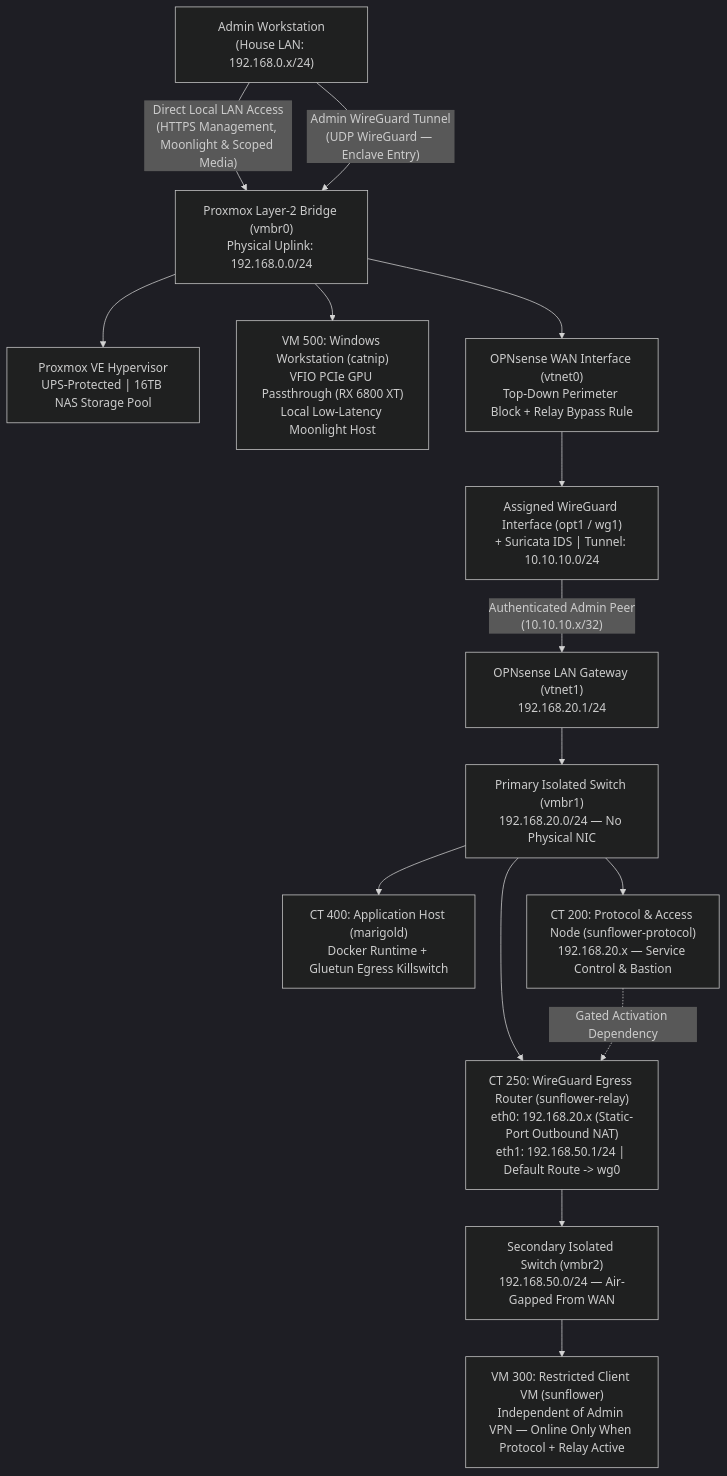
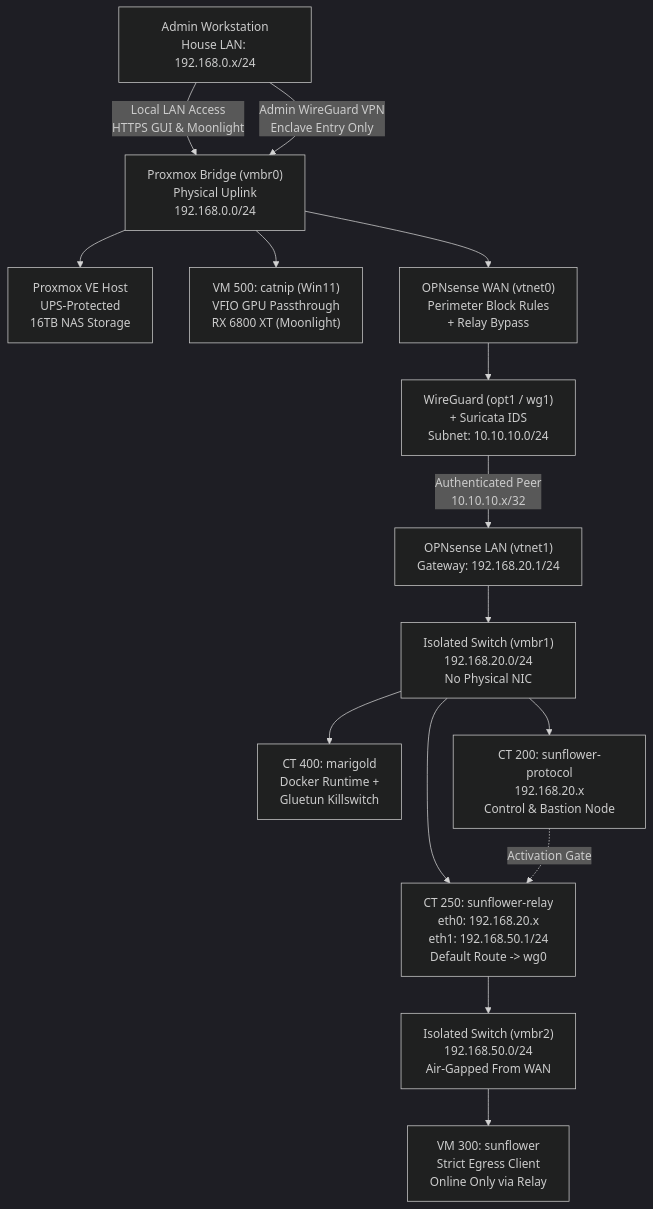
Before and after one commit to VividStrike/eden_proxmox_hypervisor: the diagram in README.md, drawn with Mermaid (dark theme).

Commit message:
Update README.md
Quick mermaid fix to circumvent word clipping.

````diff
--- a/README.md
+++ b/README.md
@@ -12,23 +12,23 @@
 ```mermaid
 flowchart TD
-    Admin["Admin Workstation<br/>(House LAN: 192.168.0.x/24)"]
+    Admin["Admin Workstation<br/>House LAN: 192.168.0.x/24"]
     
-    Admin -->|"Direct Local LAN Access<br/>(HTTPS Management, Moonlight & Scoped Media)"| vmbr0["Proxmox Layer-2 Bridge (vmbr0)<br/>Physical Uplink: 192.168.0.0/24"]
-    Admin -->|"Admin WireGuard Tunnel<br/>(UDP WireGuard — Enclave Entry)"| vmbr0
+    Admin -->|"Local LAN Access<br/>HTTPS GUI & Moonlight"| vmbr0["Proxmox Bridge (vmbr0)<br/>Physical Uplink<br/>192.168.0.0/24"]
+    Admin -->|"Admin WireGuard VPN<br/>Enclave Entry Only"| vmbr0
     
-    vmbr0 --> PVE["Proxmox VE Hypervisor<br/>UPS-Protected | 16TB NAS Storage Pool"]
-    vmbr0 --> Catnip["VM 500: Windows Workstation (catnip)<br/>VFIO PCIe GPU Passthrough (RX 6800 XT)<br/>Local Low-Latency Moonlight Host"]
-    vmbr0 --> WAN["OPNsense WAN Interface (vtnet0)<br/>Top-Down Perimeter Block + Relay Bypass Rule"]
+    vmbr0 --> PVE["Proxmox VE Host<br/>UPS-Protected<br/>16TB NAS Storage"]
+    vmbr0 --> Catnip["VM 500: catnip (Win11)<br/>VFIO GPU Passthrough<br/>RX 6800 XT (Moonlight)"]
+    vmbr0 --> WAN["OPNsense WAN (vtnet0)<br/>Perimeter Block Rules<br/>+ Relay Bypass"]
     
-    WAN --> WG["Assigned WireGuard Interface (opt1 / wg1)<br/>+ Suricata IDS | Tunnel: 10.10.10.0/24"]
-    WG -->|"Authenticated Admin Peer<br/>(10.10.10.x/32)"| LAN["OPNsense LAN Gateway (vtnet1)<br/>192.168.20.1/24"]
-    LAN --> vmbr1["Primary Isolated Switch (vmbr1)<br/>192.168.20.0/24 — No Physical NIC"]
+    WAN --> WG["WireGuard (opt1 / wg1)<br/>+ Suricata IDS<br/>Subnet: 10.10.10.0/24"]
+    WG -->|"Authenticated Peer<br/>10.10.10.x/32"| LAN["OPNsense LAN (vtnet1)<br/>Gateway: 192.168.20.1/24"]
+    LAN --> vmbr1["Isolated Switch (vmbr1)<br/>192.168.20.0/24<br/>No Physical NIC"]
     
-    vmbr1 --> AppHost["CT 400: Application Host (marigold)<br/>Docker Runtime + Gluetun Egress Killswitch"]
-    vmbr1 --> Proto["CT 200: Protocol & Access Node (sunflower-protocol)<br/>192.168.20.x — Service Control & Bastion"]
-    vmbr1 --> Relay["CT 250: WireGuard Egress Router (sunflower-relay)<br/>eth0: 192.168.20.x (Static-Port Outbound NAT)<br/>eth1: 192.168.50.1/24 | Default Route -> wg0"]
+    vmbr1 --> AppHost["CT 400: marigold<br/>Docker Runtime +<br/>Gluetun Killswitch"]
+    vmbr1 --> Proto["CT 200: sunflower-protocol<br/>192.168.20.x<br/>Control & Bastion Node"]
+    vmbr1 --> Relay["CT 250: sunflower-relay<br/>eth0: 192.168.20.x<br/>eth1: 192.168.50.1/24<br/>Default Route -> wg0"]
     
-    Proto -.->|"Gated Activation Dependency"| Relay
-    Relay --> vmbr2["Secondary Isolated Switch (vmbr2)<br/>192.168.50.0/24 — Air-Gapped From WAN"]
-    vmbr2 --> Sunflower["VM 300: Restricted Client VM (sunflower)<br/>Independent of Admin VPN — Online Only When Protocol + Relay Active"]
+    Proto -.->|"Activation Gate"| Relay
+    Relay --> vmbr2["Isolated Switch (vmbr2)<br/>192.168.50.0/24<br/>Air-Gapped From WAN"]
+    vmbr2 --> Sunflower["VM 300: sunflower<br/>Strict Egress Client<br/>Online Only via Relay"]
 ```
````
